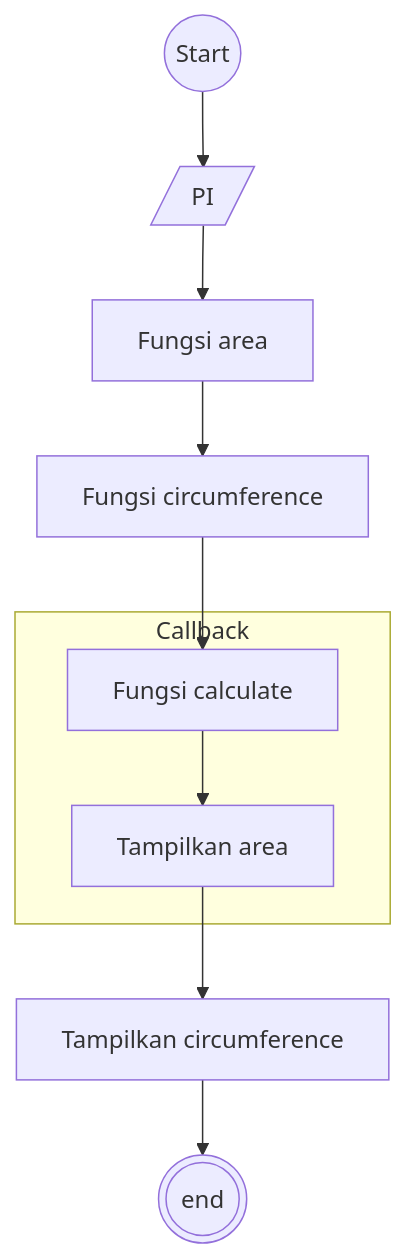
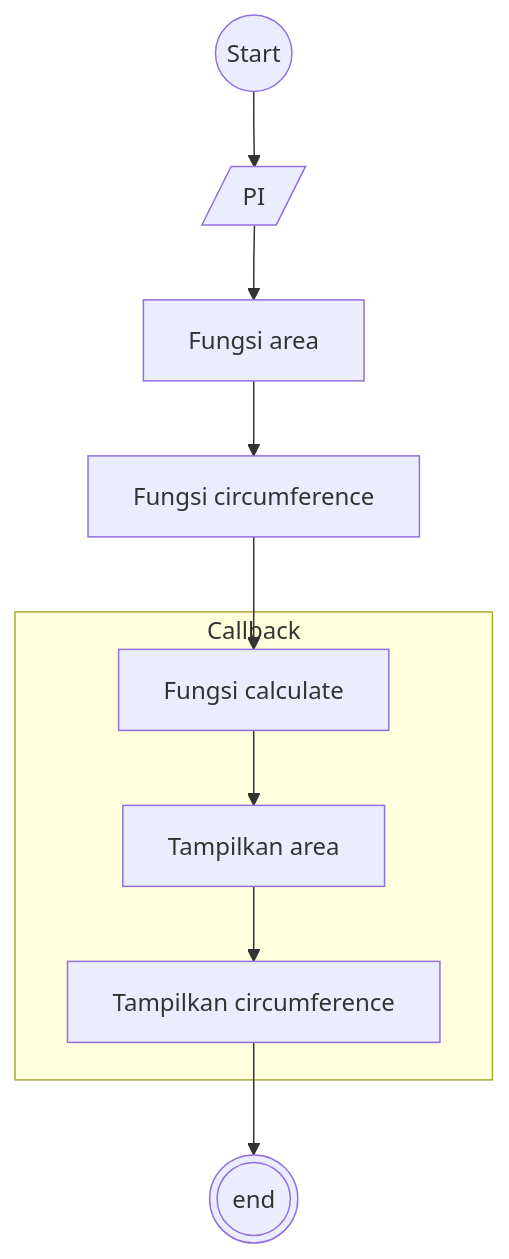
Before and after one commit to mfchrzlmzakky/koda-b1-javascript2: the diagram in koda-b1-javascript2-minitask4-README.md, drawn with Mermaid. The commit also changed other lines of this file, not shown here.

Commit message:
fix: correct flowchart syntax in README for callback subgraph

````diff
--- a/koda-b1-javascript2-minitask4-README.md
+++ b/koda-b1-javascript2-minitask4-README.md
@@ -8,15 +8,15 @@
 ```mermaid
 flowchart TB
 start((Start))
 input1[/PI/]
 proses1[Fungsi area]
 proses2[Fungsi circumference]
 proses3[Fungsi calculate]
 subgraph Callback
 proses3[Fungsi calculate]
 output1[Tampilkan area]
+output2[Tampilkan circumference]
 end
-output2[Tampilkan circumference]
 selesai(((end)))
 start-->input1-->proses1-->proses2-->proses3-->output1-->output2-->selesai
 ```
````
